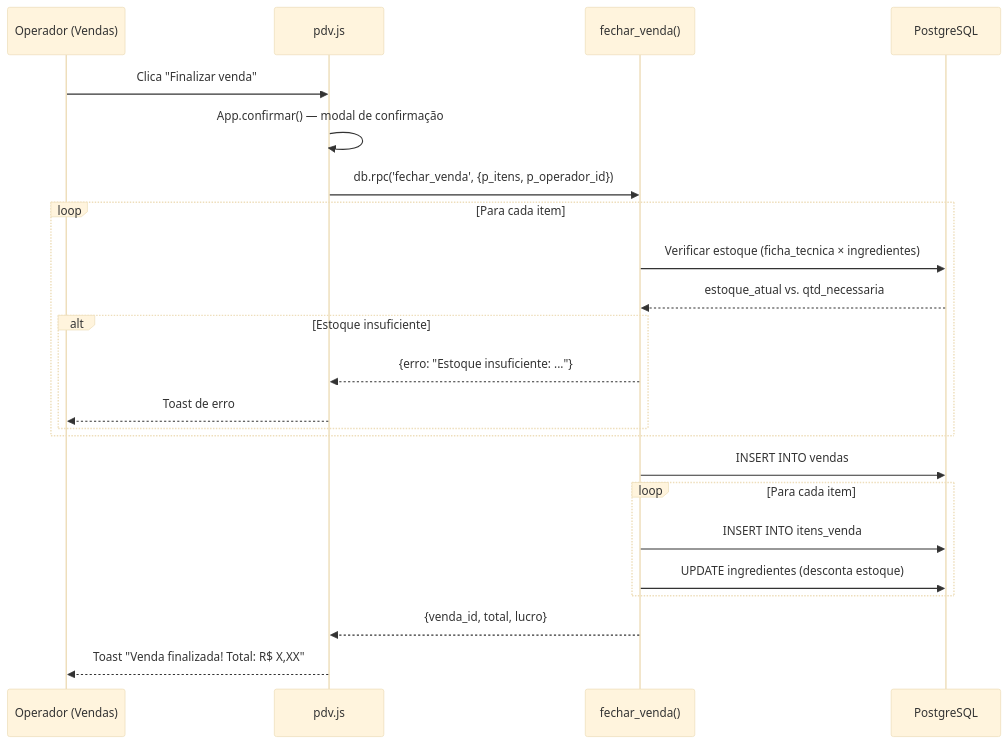
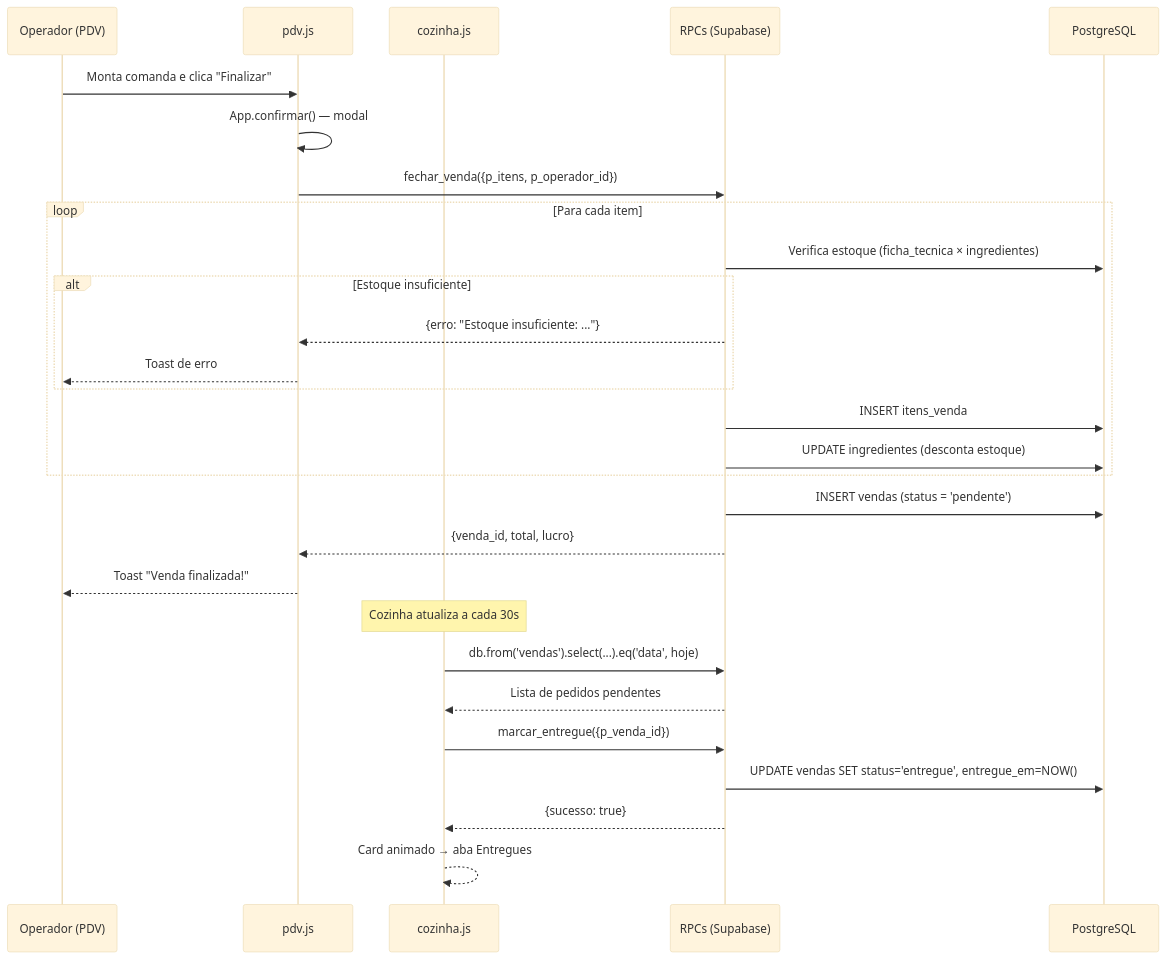
The fifth of 6 diagrams in README.md (WilsonLucas/gestao_comercial), drawn with Mermaid (base theme) before and after one commit. The commit also changed other lines of this file and 1 other file, not shown here.

First line of the commit message:
docs: atualiza toda documentação — Cozinha, RPCs v2, segurança e perfis corretos

````diff
--- a/README.md
+++ b/README.md
@@ -212,29 +228,35 @@
 ```mermaid
 sequenceDiagram
-    participant C as Operador (Vendas)
-    participant JS as pdv.js
-    participant RPC as fechar_venda()
+    participant OP as Operador (PDV)
+    participant PDV as pdv.js
+    participant COZ as cozinha.js
+    participant RPC as RPCs (Supabase)
     participant DB as PostgreSQL
 
-    C->>JS: Clica "Finalizar venda"
-    JS->>JS: App.confirmar() — modal de confirmação
-    JS->>RPC: db.rpc('fechar_venda', {p_itens, p_operador_id})
+    OP->>PDV: Monta comanda e clica "Finalizar"
+    PDV->>PDV: App.confirmar() — modal
+    PDV->>RPC: fechar_venda({p_itens, p_operador_id})
 
     loop Para cada item
-        RPC->>DB: Verificar estoque (ficha_tecnica × ingredientes)
-        DB-->>RPC: estoque_atual vs. qtd_necessaria
+        RPC->>DB: Verifica estoque (ficha_tecnica × ingredientes)
         alt Estoque insuficiente
-            RPC-->>JS: {erro: "Estoque insuficiente: ..."}
-            JS-->>C: Toast de erro
+            RPC-->>PDV: {erro: "Estoque insuficiente: ..."}
+            PDV-->>OP: Toast de erro
         end
-    end
-
-    RPC->>DB: INSERT INTO vendas
-    loop Para cada item
-        RPC->>DB: INSERT INTO itens_venda
+        RPC->>DB: INSERT itens_venda
         RPC->>DB: UPDATE ingredientes (desconta estoque)
     end
 
-    RPC-->>JS: {venda_id, total, lucro}
-    JS-->>C: Toast "Venda finalizada! Total: R$ X,XX"
+    RPC->>DB: INSERT vendas (status = 'pendente')
+    RPC-->>PDV: {venda_id, total, lucro}
+    PDV-->>OP: Toast "Venda finalizada!"
+
+    Note over COZ: Cozinha atualiza a cada 30s
+    COZ->>RPC: db.from('vendas').select(...).eq('data', hoje)
+    RPC-->>COZ: Lista de pedidos pendentes
+
+    COZ->>RPC: marcar_entregue({p_venda_id})
+    RPC->>DB: UPDATE vendas SET status='entregue', entregue_em=NOW()
+    RPC-->>COZ: {sucesso: true}
+    COZ-->>COZ: Card animado → aba Entregues
 ```
````
